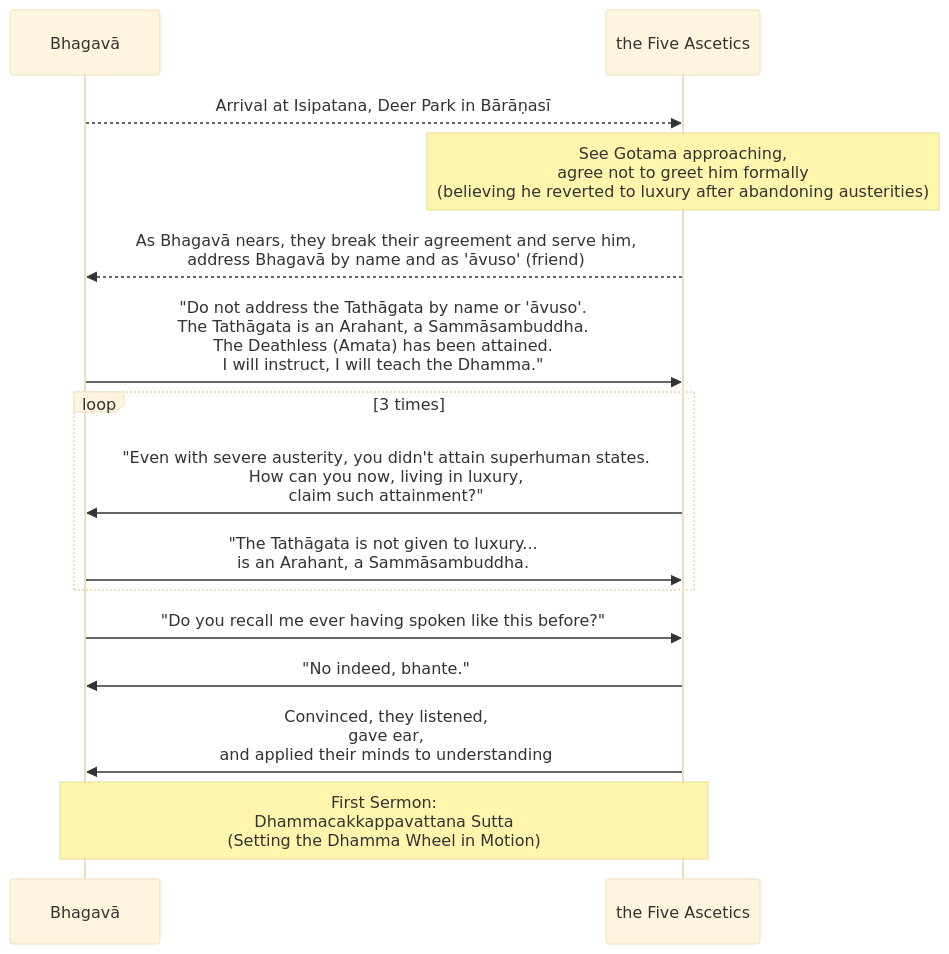
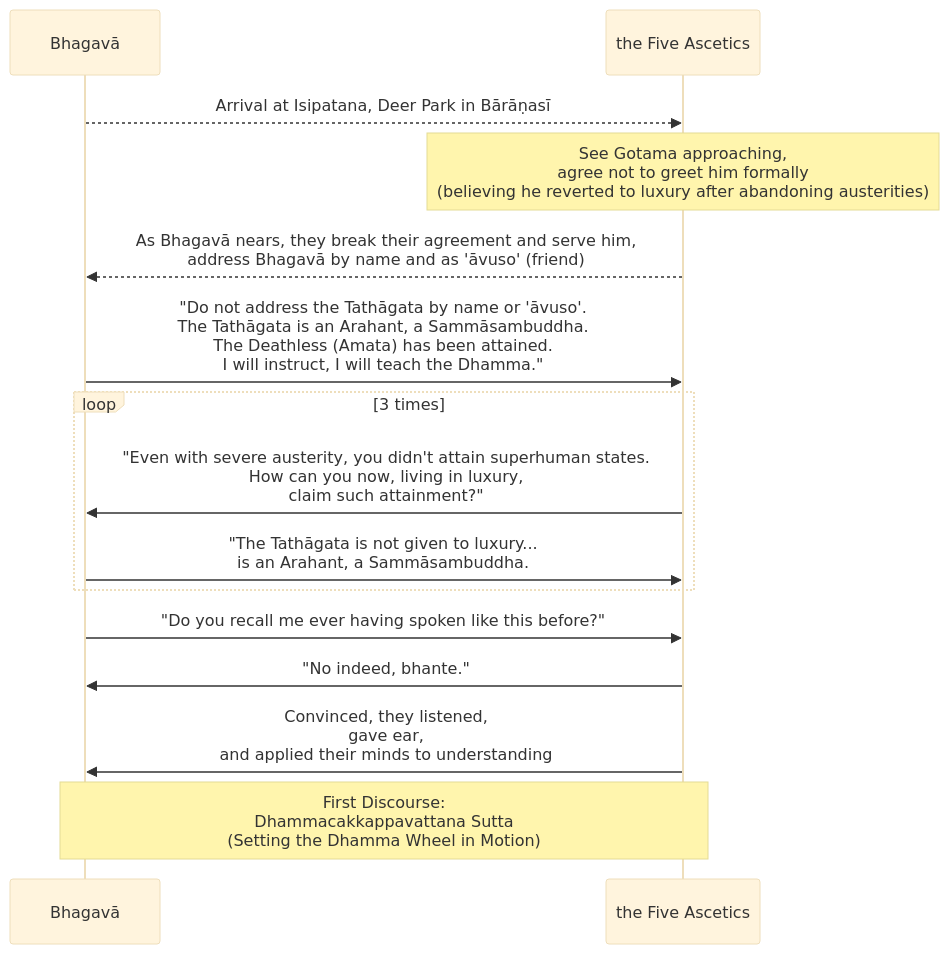
The third of 14 diagrams in content/Khandhaka/1.6.md (ChristineTham/tidipa), drawn with Mermaid (base theme) before and after one commit. The commit also changed other lines of this file and 10 other files, not shown here.

````diff
--- a/content/Khandhaka/1.6.md
+++ b/content/Khandhaka/1.6.md
@@ -264,28 +264,28 @@
 ```mermaid
 sequenceDiagram
     participant B as Bhagavā
     participant B5 as the Five Ascetics
     B-->>B5: Arrival at Isipatana, Deer Park in Bārāṇasī
 
     note over B5: See Gotama approaching, <br>agree not to greet him formally<br/>(believing he reverted to luxury after abandoning austerities)
 
     B5-->>B: As Bhagavā nears, they break their agreement and serve him,<br>address Bhagavā by name and as 'āvuso' (friend)
 
     B->>B5: "Do not address the Tathāgata by name or 'āvuso'.<br/>The Tathāgata is an Arahant, a Sammāsambuddha.<br/>The Deathless (Amata) has been attained.<br>I will instruct, I will teach the Dhamma."
 
     loop 3 times
 
         B5->>B: "Even with severe austerity, you didn't attain superhuman states.<br/>How can you now, living in luxury,<br> claim such attainment?"
 
         B->>B5: "The Tathāgata is not given to luxury...<br>is an Arahant, a Sammāsambuddha.
 
     end
 
     B->>B5: "Do you recall me ever having spoken like this before?"
 
     B5->>B: "No indeed, bhante."
 
     B5->>B: Convinced, they listened, <br> gave ear, <br> and applied their minds to understanding
 	
-    note over B, B5: First Sermon: <br>Dhammacakkappavattana Sutta <br>(Setting the Dhamma Wheel in Motion)
+    note over B, B5: First Discourse: <br>Dhammacakkappavattana Sutta <br>(Setting the Dhamma Wheel in Motion)
 ```
````
